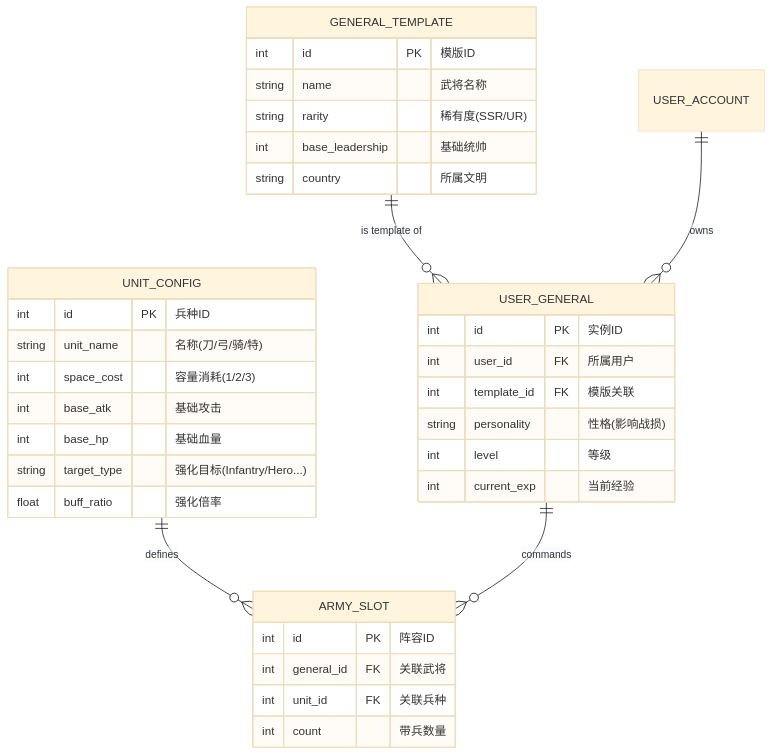
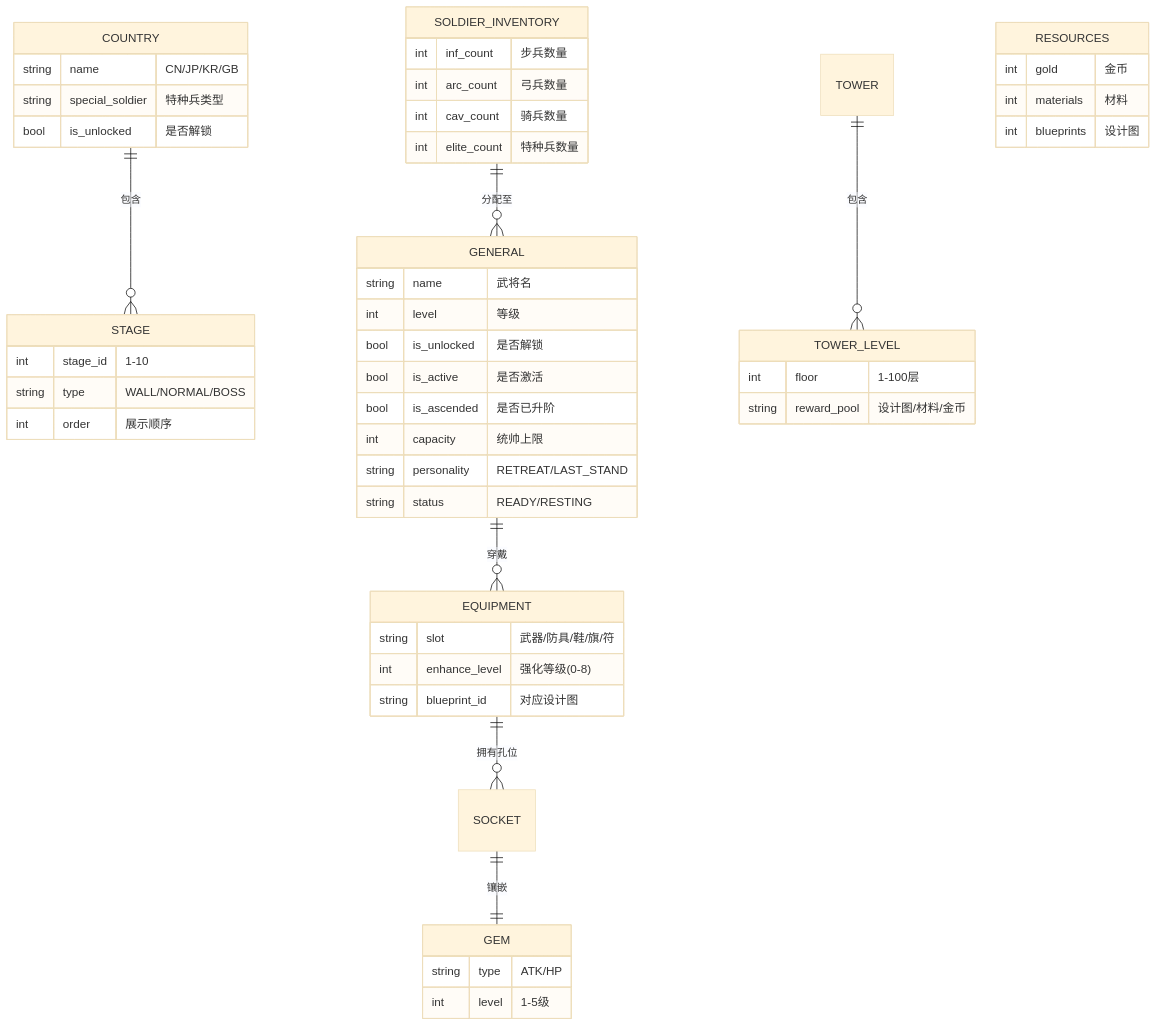
One commit to chenbaoQAQ/ljc-games changed the diagram in ljc-games-server/E-R.md. Above: the diagram before and after it, drawn with Mermaid (base theme). The commit also changed 38 other files, not shown here.

````diff
--- a/ljc-games-server/E-R.md
+++ b/ljc-games-server/E-R.md
@@ -1,41 +1,66 @@
 ```mermaid
 erDiagram
-    GENERAL_TEMPLATE ||--o{ USER_GENERAL : "is template of"
-    USER_ACCOUNT ||--o{ USER_GENERAL : "owns"
-    UNIT_CONFIG ||--o{ ARMY_SLOT : "defines"
-    USER_GENERAL ||--o{ ARMY_SLOT : "commands"
-
-    GENERAL_TEMPLATE {
-        int id PK "模版ID"
-        string name "武将名称"
-        string rarity "稀有度(SSR/UR)"
-        int base_leadership "基础统帅"
-        string country "所属文明"
+%% 核心国家与关卡
+    COUNTRY ||--o{ STAGE : "包含"
+    COUNTRY {
+        string name "CN/JP/KR/GB"
+        string special_soldier "特种兵类型"
+        bool is_unlocked "是否解锁"
     }
 
-    USER_GENERAL {
-        int id PK "实例ID"
-        int user_id FK "所属用户"
-        int template_id FK "模版关联"
-        string personality "性格(影响战损)"
-        int level "等级"
-        int current_exp "当前经验"
+    STAGE {
+        int stage_id "1-10"
+        string type "WALL/NORMAL/BOSS"
+        int order "展示顺序"
     }
 
-    UNIT_CONFIG {
-        int id PK "兵种ID"
-        string unit_name "名称(刀/弓/骑/特)"
-        int space_cost "容量消耗(1/2/3)"
-        int base_atk "基础攻击"
-        int base_hp "基础血量"
-        string target_type "强化目标(Infantry/Hero...)"
-        float buff_ratio "强化倍率"
+%% 武将系统
+    GENERAL ||--o{ EQUIPMENT : "穿戴"
+    GENERAL {
+        string name "武将名"
+        int level "等级"
+        bool is_unlocked "是否解锁"
+        bool is_active "是否激活"
+        bool is_ascended "是否已升阶"
+        int capacity "统帅上限"
+        string personality "RETREAT/LAST_STAND"
+        string status "READY/RESTING"
     }
 
-    ARMY_SLOT {
-        int id PK "阵容ID"
-        int general_id FK "关联武将"
-        int unit_id FK "关联兵种"
-        int count "带兵数量"
+%% 士兵系统
+    SOLDIER_INVENTORY ||--o{ GENERAL : "分配至"
+    SOLDIER_INVENTORY {
+        int inf_count "步兵数量"
+        int arc_count "弓兵数量"
+        int cav_count "骑兵数量"
+        int elite_count "特种兵数量"
+    }
+
+%% 装备与养成
+    EQUIPMENT ||--o{ SOCKET : "拥有孔位"
+    EQUIPMENT {
+        string slot "武器/防具/鞋/旗/符"
+        int enhance_level "强化等级(0-8)"
+        string blueprint_id "对应设计图"
+    }
+
+    SOCKET ||--|| GEM : "镶嵌"
+    GEM {
+        string type "ATK/HP"
+        int level "1-5级"
+    }
+
+%% 爬塔模式
+    TOWER ||--o{ TOWER_LEVEL : "包含"
+    TOWER_LEVEL {
+        int floor "1-100层"
+        string reward_pool "设计图/材料/金币"
+    }
+
+%% 资源类 (非实体，但在逻辑中重要)
+    RESOURCES {
+        int gold "金币"
+        int materials "材料"
+        int blueprints "设计图"
     }
 ```
````
